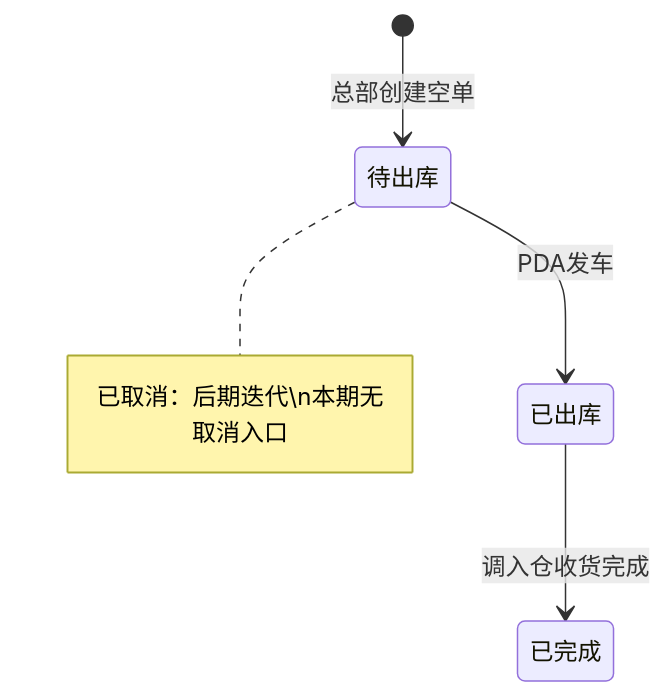
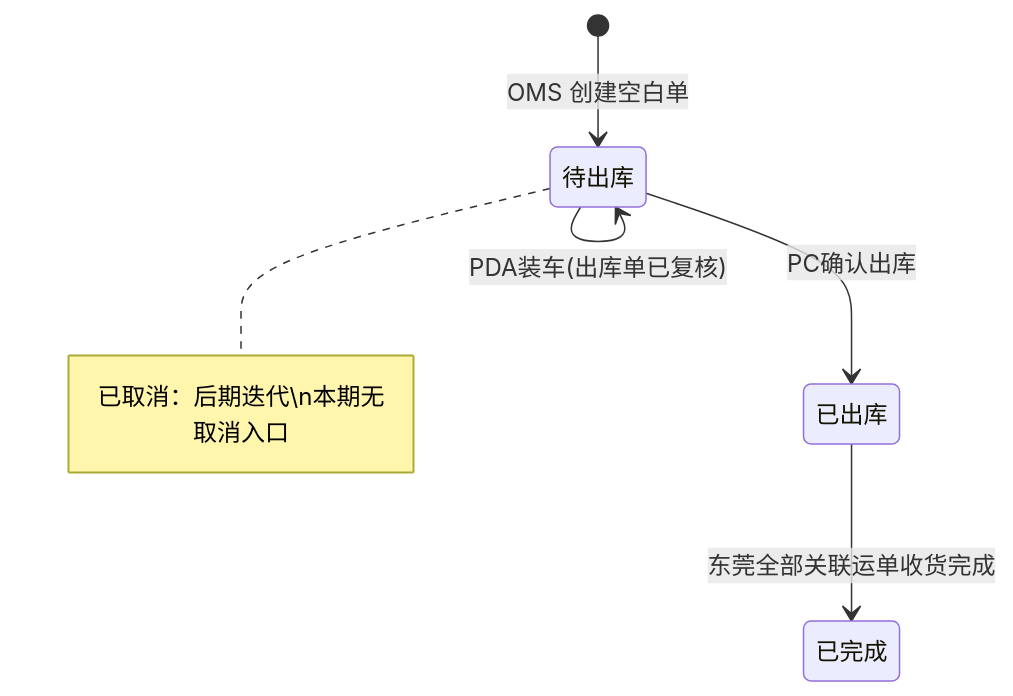
One commit to Tiana-1720/wms-inbound-demo changed the diagram in prd-docs/01-加盟商揽收仓需求/prototype-annotation/transfer-plan/pages/transfer-plan-list.md. Above: the diagram before and after it, drawn with Mermaid. The commit also changed other lines of this file and 48 other files, not shown here.

First line of the commit message:
Align franchise WMS PRDs with load-and-outbound flow and OMS口径.

````diff
--- a/prd-docs/01-加盟商揽收仓需求/prototype-annotation/transfer-plan/pages/transfer-plan-list.md
+++ b/prd-docs/01-加盟商揽收仓需求/prototype-annotation/transfer-plan/pages/transfer-plan-list.md
@@ -73,7 +73,8 @@
 ```mermaid
 stateDiagram-v2
-    [*] --> 待出库 : 总部创建空单
-    待出库 --> 已出库 : PDA发车
-    已出库 --> 已完成 : 调入仓收货完成
+    [*] --> 待出库 : OMS 创建空白单
+    待出库 --> 待出库 : PDA装车(出库单已复核)
+    待出库 --> 已出库 : PC确认出库
+    已出库 --> 已完成 : 东莞全部关联运单收货完成
     note right of 待出库 : 已取消：后期迭代\n本期无取消入口
 ```
````
